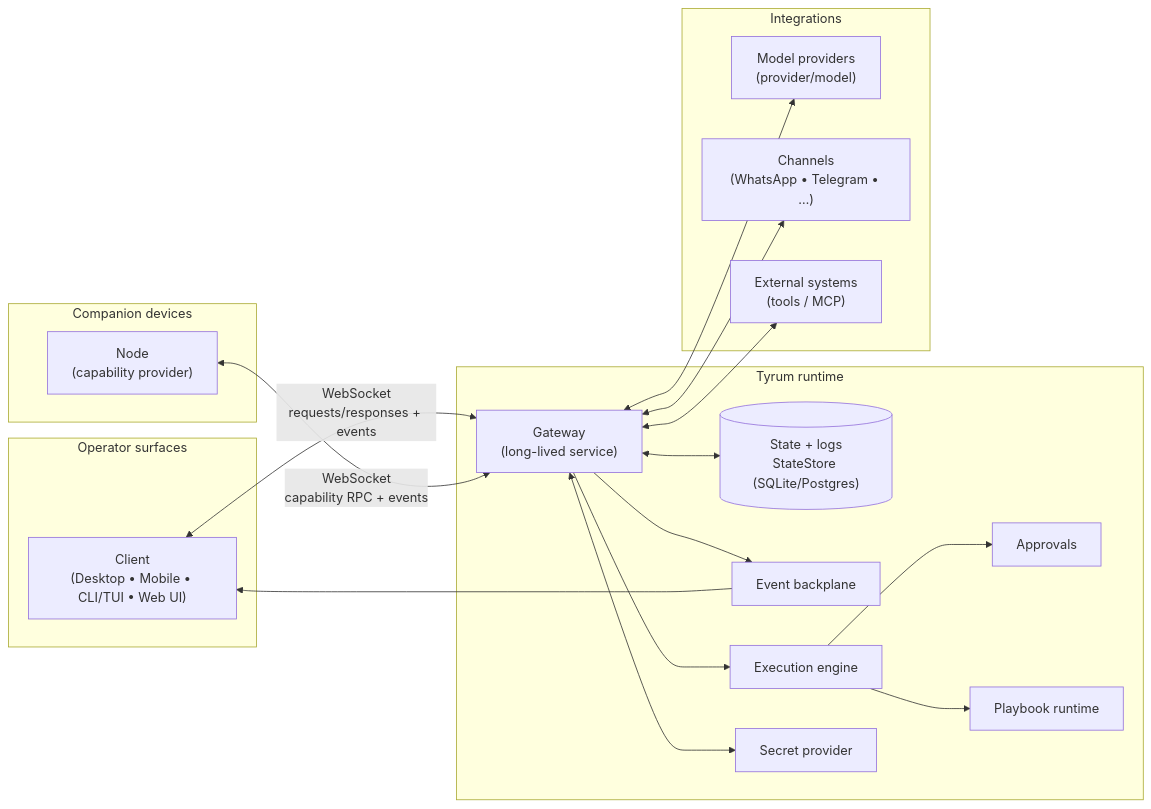
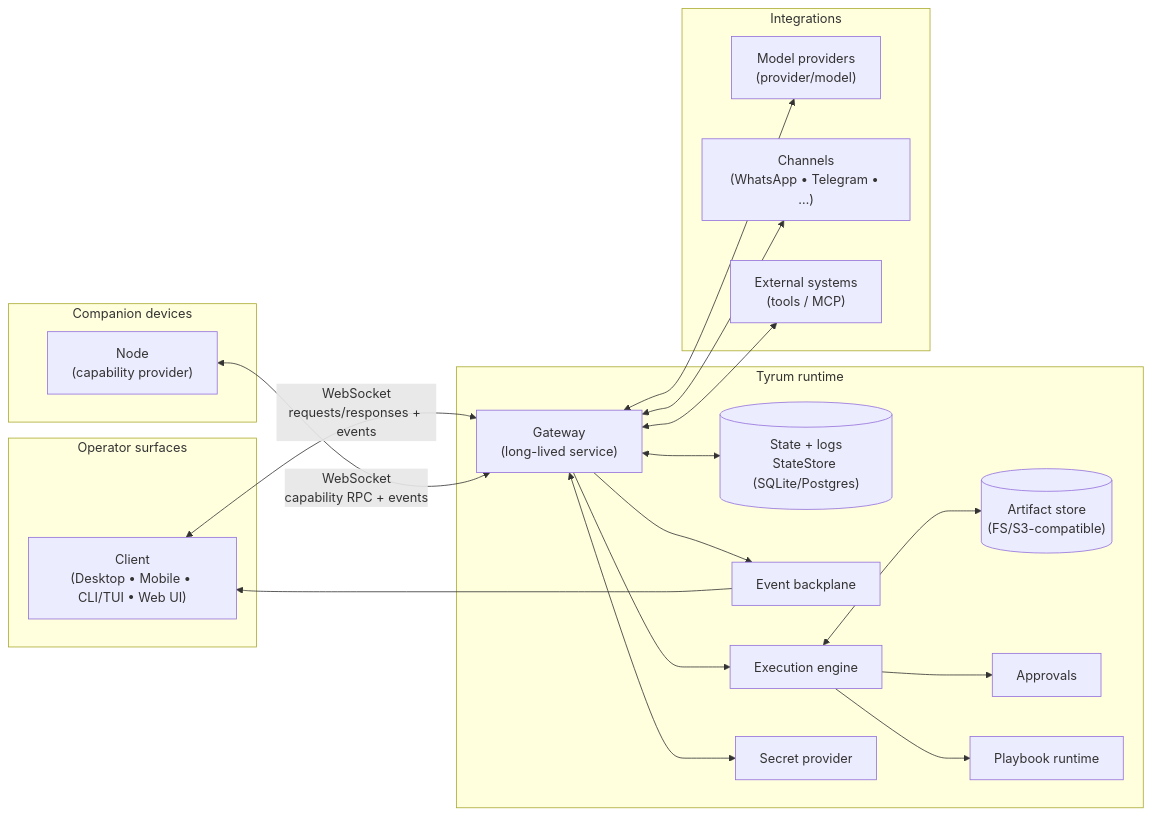
One commit to tyrumai/tyrum changed the diagram in docs/architecture/index.md. Above: the diagram before and after it, drawn with Mermaid. The commit also changed other lines of this file and 49 other files, not shown here.

Commit message:
docs(architecture): consolidate spec; remove ADRs

````diff
--- a/docs/architecture/index.md
+++ b/docs/architecture/index.md
@@ -9,39 +7,41 @@
 ```mermaid
 flowchart LR
   subgraph Operator["Operator surfaces"]
     C["Client<br/>(Desktop • Mobile • CLI/TUI • Web UI)"]
   end
 
   subgraph Runtime["Tyrum runtime"]
     G["Gateway<br/>(long-lived service)"]
     DB[("State + logs<br/>StateStore (SQLite/Postgres)")]
+    AS[("Artifact store<br/>(FS/S3-compatible)")]
     EV["Event backplane"]
     ENG["Execution engine"]
     APPR["Approvals"]
     PB["Playbook runtime"]
     SEC["Secret provider"]
   end
 
   subgraph Devices["Companion devices"]
     N["Node<br/>(capability provider)"]
   end
 
   subgraph Integrations["Integrations"]
     M["Model providers<br/>(provider/model)"]
     CH["Channels<br/>(WhatsApp • Telegram • …)"]
     EXT["External systems<br/>(tools / MCP)"]
   end
 
   C <--> |"WebSocket<br/>requests/responses + events"| G
   N <--> |"WebSocket<br/>capability RPC + events"| G
   G <--> DB
+  ENG <--> AS
   G --> EV
   EV --> C
   G --> ENG
   ENG --> APPR
   ENG --> PB
   G <--> SEC
   G <--> M
   G <--> CH
   G <--> EXT
 ```
````
